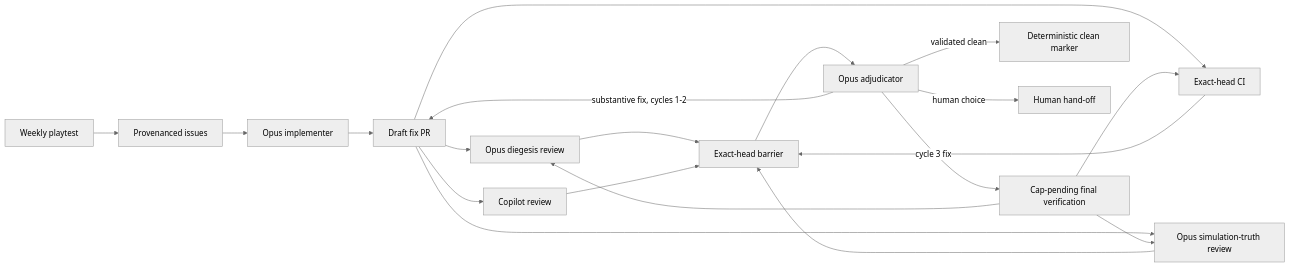
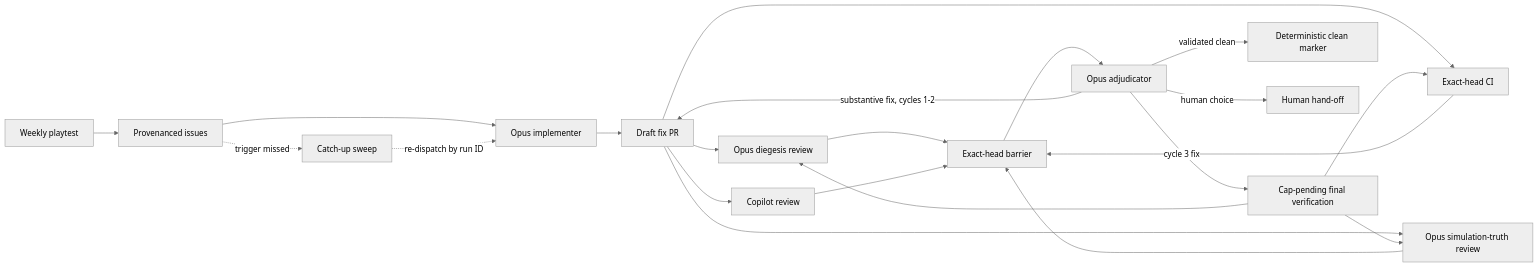
The diagram in .github/AGENTIC_PLAYTEST.md (amomand/custodian), drawn with Mermaid (neutral theme) before and after one commit. The commit also changed other lines of this file and 6 other files, not shown here.

````diff
--- a/.github/AGENTIC_PLAYTEST.md
+++ b/.github/AGENTIC_PLAYTEST.md
@@ -11,22 +11,24 @@
 ```mermaid
 flowchart LR
   P["Weekly playtest"] --> I["Provenanced issues"]
   I --> F["Opus implementer"]
+  I -.->|"trigger missed"| K["Catch-up sweep"]
+  K -.->|"re-dispatch by run ID"| F
   F --> PR["Draft fix PR"]
   PR --> D["Opus diegesis review"]
   PR --> S["Opus simulation-truth review"]
   PR --> C["Copilot review"]
   D --> B["Exact-head barrier"]
   S --> B
   C --> B
   PR --> T["Exact-head CI"]
   T --> B
   B --> A["Opus adjudicator"]
   A -->|"substantive fix, cycles 1-2"| PR
   A -->|"cycle 3 fix"| V["Cap-pending final verification"]
   V --> T
   V --> D
   V --> S
   A -->|"validated clean"| X["Deterministic clean marker"]
   A -->|"human choice"| H["Human hand-off"]
 ```
````
